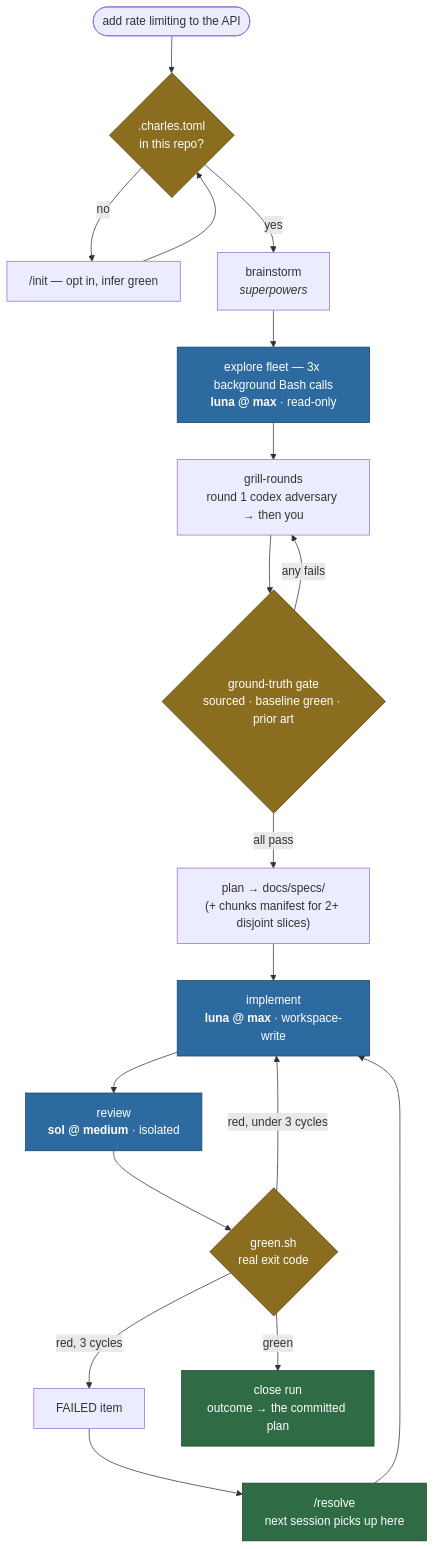
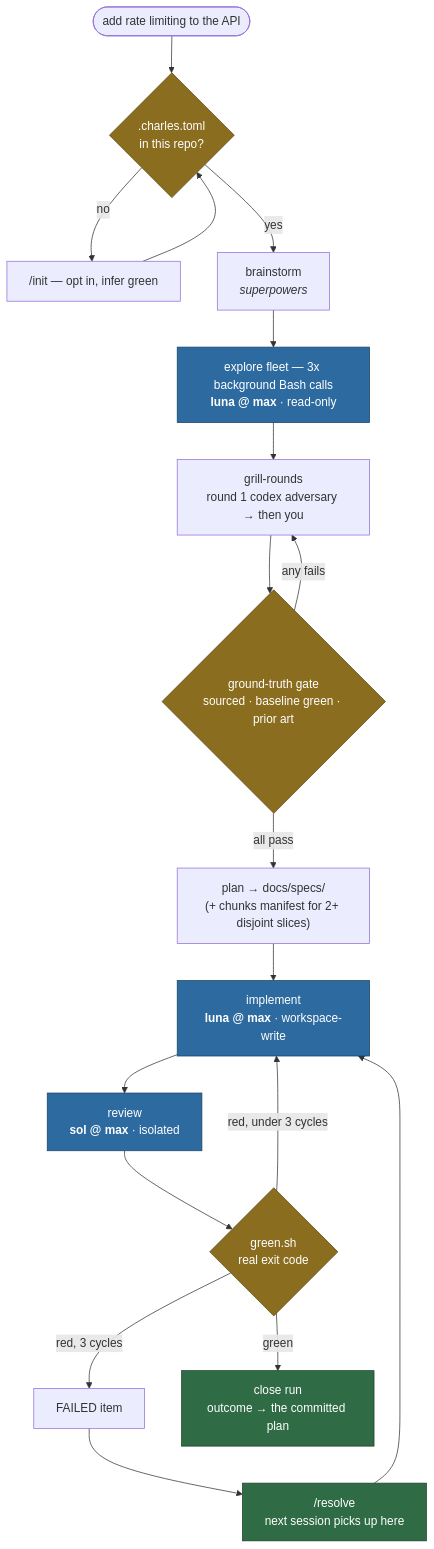
Before and after one commit to charlesdr13/charlesdr-dev-loop: the first of 2 diagrams in README.md, drawn with Mermaid. The commit also changed other lines of this file and 6 other files, not shown here.

````diff
--- a/README.md
+++ b/README.md
@@ -21,31 +21,31 @@
 ```mermaid
 flowchart TD
     REQ(["add rate limiting to the API"]) --> GATE{".charles.toml<br/>in this repo?"}
     GATE -->|no| INIT["/init — opt in, infer green"]
     INIT --> GATE
     GATE -->|yes| BRAIN["brainstorm<br/><i>superpowers</i>"]
 
     BRAIN --> EXP["explore fleet — 3x background Bash calls<br/><b>luna @ max</b> · read-only"]
     EXP --> GRILL["grill-rounds<br/>round 1 codex adversary → then you"]
     GRILL --> TRUTH{"ground-truth gate<br/>sourced · baseline green · prior art"}
     TRUTH -->|any fails| GRILL
     TRUTH -->|all pass| PLAN["plan → docs/specs/<br/>(+ chunks manifest for 2+ disjoint slices)"]
 
     PLAN --> IMPL["implement<br/><b>luna @ max</b> · workspace-write"]
-    IMPL --> REV["review<br/><b>sol @ medium</b> · isolated"]
+    IMPL --> REV["review<br/><b>sol @ max</b> · isolated"]
     REV --> GREEN{"green.sh<br/>real exit code"}
 
     GREEN -->|"red, under 3 cycles"| IMPL
     GREEN -->|"red, 3 cycles"| FAILED["FAILED item"]
     GREEN -->|green| CLOSE["close run<br/>outcome → the committed plan"]
 
     FAILED --> RESOLVE["/resolve<br/>next session picks up here"]
     RESOLVE --> IMPL
 
     classDef lane fill:#2d6a9f,stroke:#1b4368,color:#fff
     classDef gate fill:#8a6d1f,stroke:#5c4813,color:#fff
     classDef term fill:#2f6b45,stroke:#1c4029,color:#fff
     class EXP,IMPL,REV lane
     class GATE,TRUTH,GREEN gate
     class CLOSE,RESOLVE term
 ```
````
